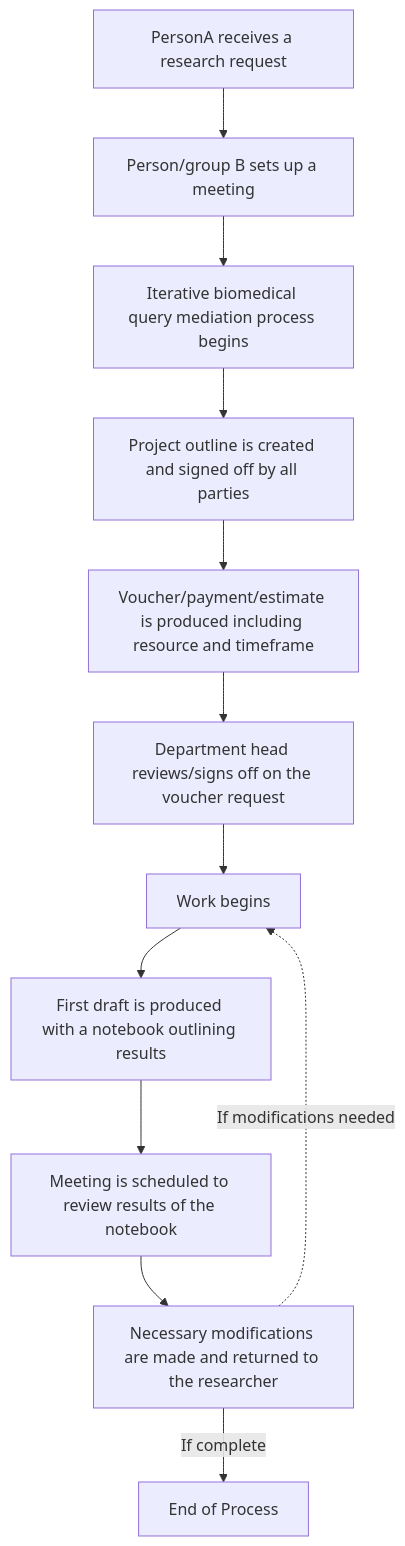
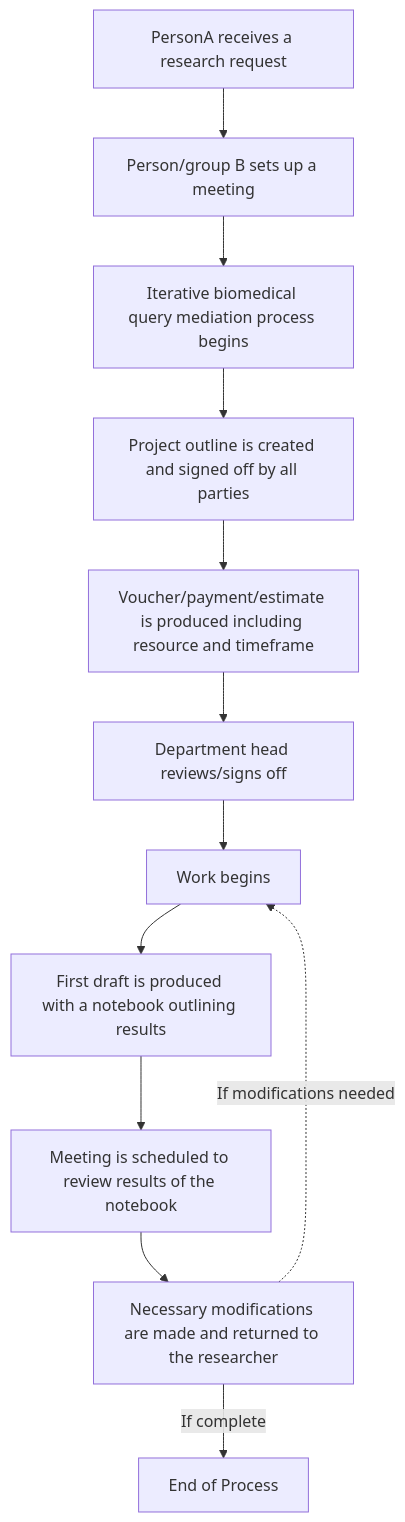
The first of 2 diagrams in README.md (DBJHU/DBJHU.github.io), drawn with Mermaid before and after one commit. The commit also changed other lines of this file, not shown here.

````diff
--- a/README.md
+++ b/README.md
@@ -28,26 +28,26 @@
 ```mermaid
 flowchart TD
     A[PersonA receives a research request]
     B[Person/group B sets up a meeting]
     C[Iterative biomedical query mediation process begins]
     D[Project outline is created and signed off by all parties]
     E[Voucher/payment/estimate is produced including resource and timeframe]
-    F[Department head reviews/signs off on the voucher request]
+    F[Department head reviews/signs off]
     G[Work begins]
     H[First draft is produced with a notebook outlining results]
     I[Meeting is scheduled to review results of the notebook]
     J[Necessary modifications are made and returned to the researcher]
     K[End of Process]
 
     A --> B
     B --> C
     C --> D
     D --> E
     E --> F
     F --> G
     G --> H
     H --> I
     I --> J
     J -.->|If modifications needed| G
     J -->|If complete| K
 ```
````
